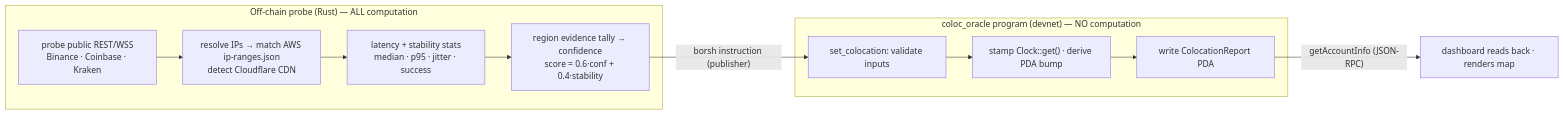
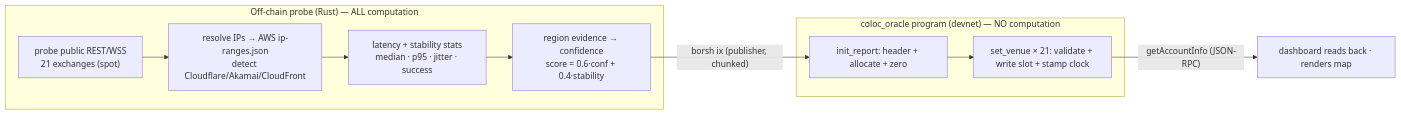
One commit to aetelierxyz/luciene-sl changed the diagram in colocation_onchain_manual.md. Above: the diagram before and after it, drawn with Mermaid. The commit also changed other lines of this file and 15 other files, not shown here.

First line of the commit message:
feat: expand to 21 spot exchanges and anchor all of them on-chain

````diff
--- a/colocation_onchain_manual.md
+++ b/colocation_onchain_manual.md
@@ -34,18 +49,17 @@
 ```mermaid
 flowchart LR
   subgraph OFFCHAIN["Off-chain probe (Rust) — ALL computation"]
-    A["probe public REST/WSS<br/>Binance · Coinbase · Kraken"]
-    B["resolve IPs → match AWS ip-ranges.json<br/>detect Cloudflare CDN"]
+    A["probe public REST/WSS<br/>21 exchanges (spot)"]
+    B["resolve IPs → AWS ip-ranges.json<br/>detect Cloudflare/Akamai/CloudFront"]
     C["latency + stability stats<br/>median · p95 · jitter · success"]
-    D["region evidence tally → confidence<br/>score = 0.6·conf + 0.4·stability"]
+    D["region evidence → confidence<br/>score = 0.6·conf + 0.4·stability"]
     A --> B --> C --> D
   end
   subgraph ONCHAIN["coloc_oracle program (devnet) — NO computation"]
-    E["set_colocation: validate inputs"]
-    F["stamp Clock::get() · derive PDA bump"]
-    G["write ColocationReport PDA"]
-    E --> F --> G
+    E["init_report: header + allocate + zero"]
+    F["set_venue × 21: validate + write slot + stamp clock"]
+    E --> F
   end
-  D -->|"borsh instruction (publisher)"| E
-  G -->|"getAccountInfo (JSON-RPC)"| H["dashboard reads back · renders map"]
+  D -->|"borsh ix (publisher, chunked)"| E
+  F -->|"getAccountInfo (JSON-RPC)"| H["dashboard reads back · renders map"]
 ```
````
